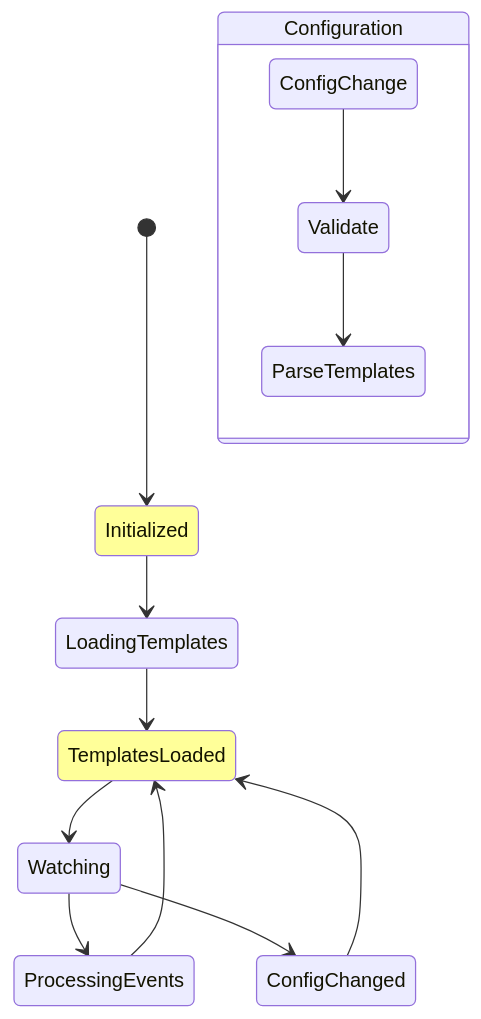
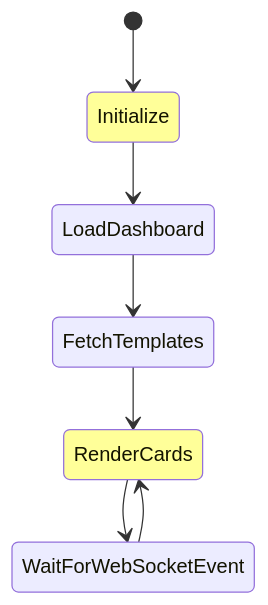
Before and after one commit to daredoes/linked-lovelace-ui: the fifth of 22 diagrams in docs_site/api-evolution.md, drawn with Mermaid. The commit also changed other lines of this file and 1 other file, not shown here.

First line of the commit message:
Fix Mermaid diagram syntax errors in documentation

````diff
--- a/docs_site/api-evolution.md
+++ b/docs_site/api-evolution.md
@@ -113,23 +111,12 @@
 ```mermaid
-stateDiagram-v2
-    [*] --> Initialized
-    Initialized --> LoadingTemplates
-    LoadingTemplates --> TemplatesLoaded
+stateDiagram
+    [*] --> Initialize
+    Initialize --> LoadDashboard
+    LoadDashboard --> FetchTemplates
+    FetchTemplates --> RenderCards
+    RenderCards --> WaitForWebSocketEvent
+    WaitForWebSocketEvent --> RenderCards
     
-    TemplatesLoaded --> Watching
-    
-    Watching --> ProcessingEvents
-    ProcessingEvents --> TemplatesLoaded
-    
-    Watching --> ConfigChanged
-    ConfigChanged --> TemplatesLoaded
-    
-    state "Configuration" as Config {
-        direction TB
-        ConfigChange --> Validate
-        Validate --> ParseTemplates
-    }
-    
-    style Initialized fill:#ff9
-    style TemplatesLoaded fill:#ff9
+    style Initialize fill:#ff9
+    style RenderCards fill:#ff9
 ```
````
